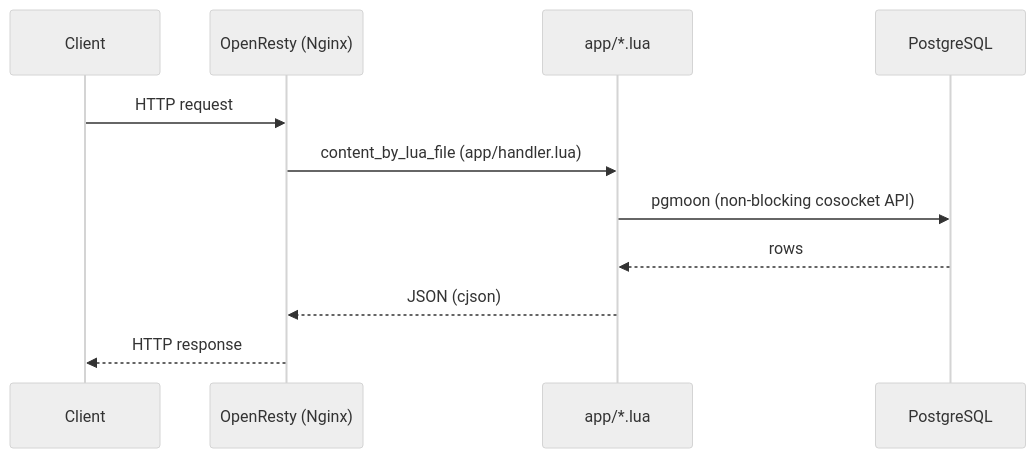
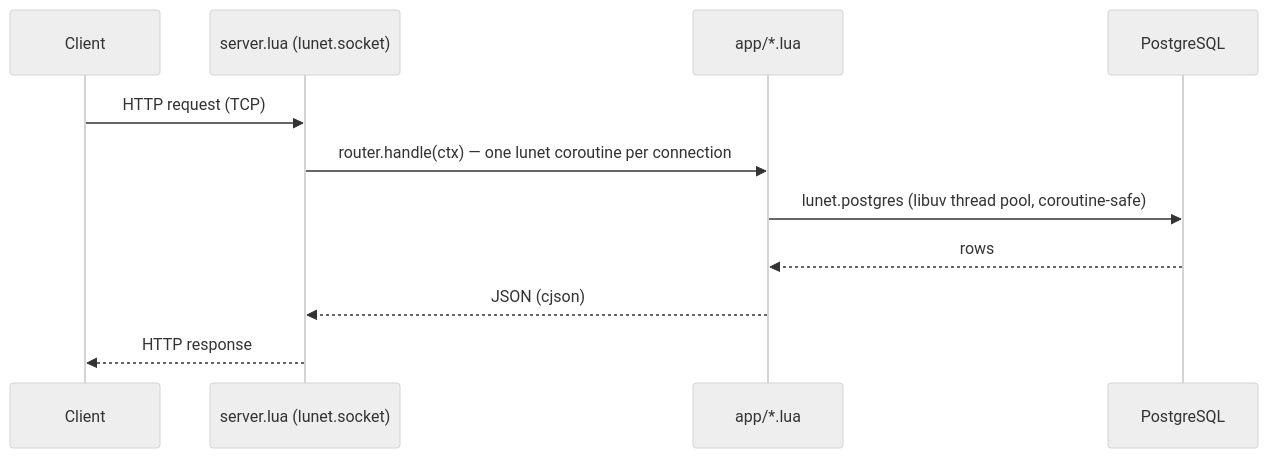
One commit to lua-lunet/realworld-lua changed the diagram in README.md. Above: the diagram before and after it, drawn with Mermaid (neutral theme). The commit also changed other lines of this file and 3 other files, not shown here.

````diff
--- a/README.md
+++ b/README.md
@@ -11,14 +11,14 @@
 ```mermaid
 sequenceDiagram
     participant Client
-    participant Nginx as OpenResty (Nginx)
+    participant Server as server.lua (lunet.socket)
     participant Lua as app/*.lua
     participant PostgreSQL
 
-    Client->>Nginx: HTTP request
-    Nginx->>Lua: content_by_lua_file (app/handler.lua)
-    Lua->>PostgreSQL: pgmoon (non-blocking cosocket API)
+    Client->>Server: HTTP request (TCP)
+    Server->>Lua: router.handle(ctx) — one lunet coroutine per connection
+    Lua->>PostgreSQL: lunet.postgres (libuv thread pool, coroutine-safe)
     PostgreSQL-->>Lua: rows
-    Lua-->>Nginx: JSON (cjson)
-    Nginx-->>Client: HTTP response
+    Lua-->>Server: JSON (cjson)
+    Server-->>Client: HTTP response
 ```
````
